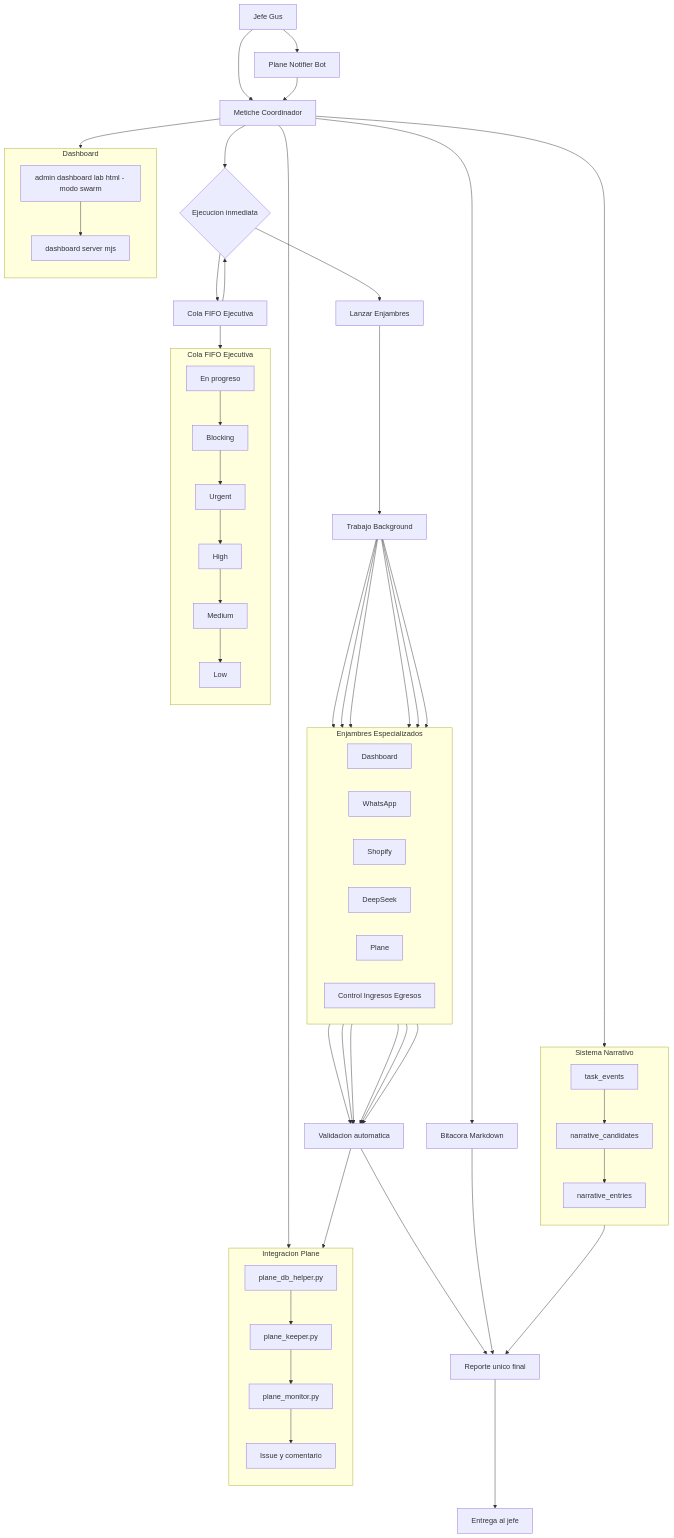
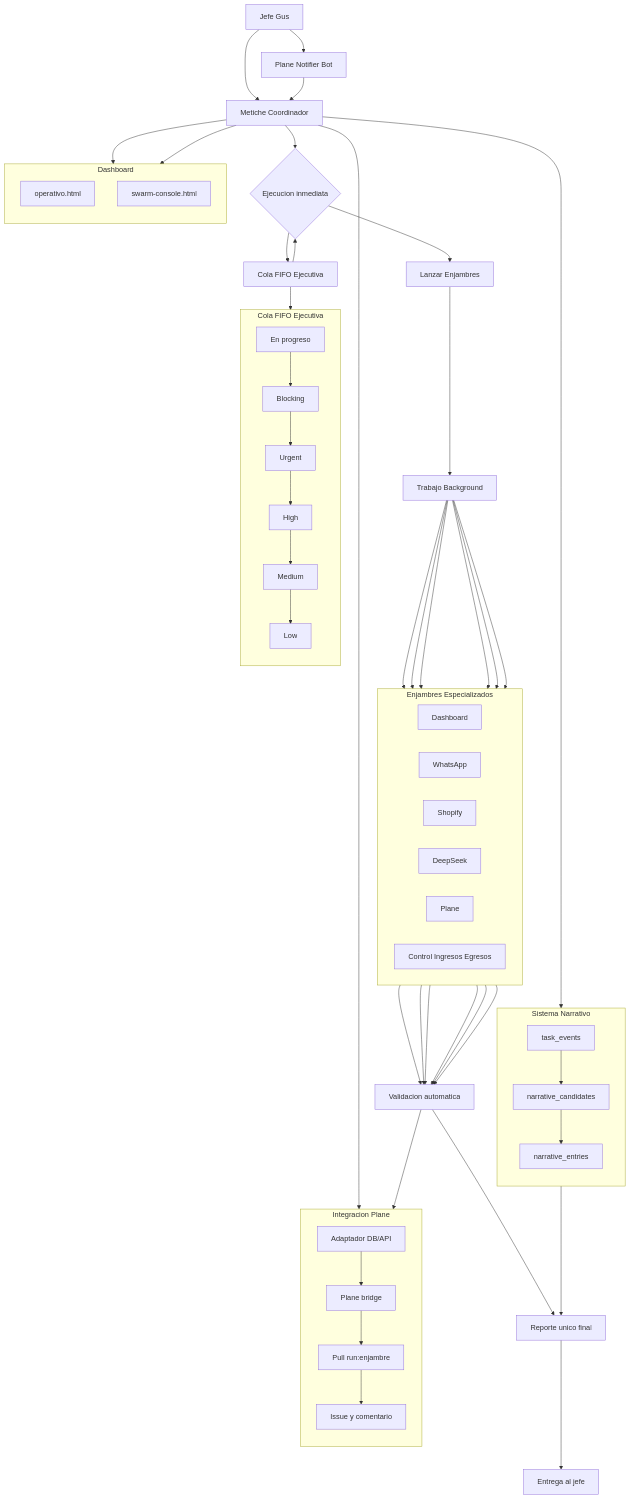
One commit to Wikibuda/metiche-os changed the diagram in README.md. Above: the diagram before and after it, drawn with Mermaid. The commit also changed other lines of this file and 4 other files, not shown here.

````diff
--- a/README.md
+++ b/README.md
@@ -115,9 +82,9 @@
 
   subgraph PLANE[Integracion Plane]
     direction TB
-    P1[plane_db_helper.py]
-    P2[plane_keeper.py]
-    P3[plane_monitor.py]
+    P1[Adaptador DB/API]
+    P2[Plane bridge]
+    P3[Pull run:enjambre]
     P4[Issue y comentario]
   end
 
@@ -127,13 +94,10 @@
 
   subgraph DASHBOARD[Dashboard]
     direction TB
-    D1["admin dashboard lab html - modo swarm"]
-    D2["dashboard server mjs"]
+    D1[operativo.html]
+    D2[swarm-console.html]
   end
 
   B --> D1
-  D1 --> D2
-
-  K[Bitacora Markdown] --> I
-  B --> K
+  B --> D2
 ```
````
